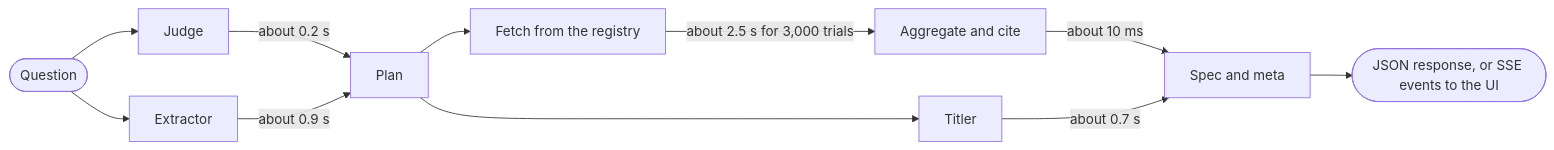
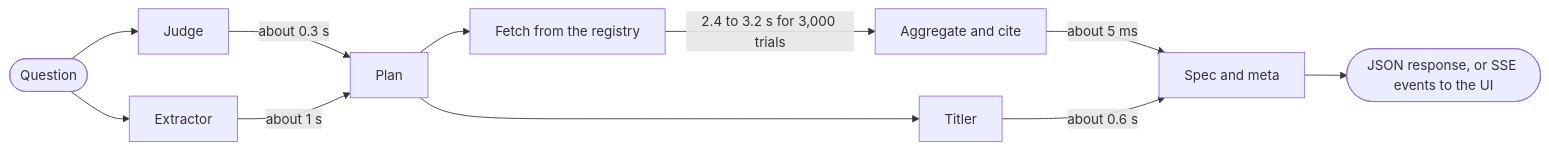
Before and after one commit to ojpbarbosa/chatctg: the first of 4 diagrams in README.md, drawn with Mermaid. The commit also changed other lines of this file, not shown here.

Commit message:
Re-sync the README with the regenerated examples and 310 tests, credit the author with the 25 original evaluation questions, cite a melanoma trial on the sankey's largest link, and tighten the planner diagram, the matrix note, the series cap, the extraction row and the deploy steps

````diff
--- a/README.md
+++ b/README.md
@@ -9,13 +9,13 @@
 ```mermaid
 flowchart LR
   Q([Question]) --> J[Judge]
   Q --> X[Extractor]
-  J -- "about 0.2 s" --> P[Plan]
-  X -- "about 0.9 s" --> P
+  J -- "about 0.3 s" --> P[Plan]
+  X -- "about 1 s" --> P
   P --> F[Fetch from the registry]
   P --> T[Titler]
-  F -- "about 2.5 s for 3,000 trials" --> A[Aggregate and cite]
-  A -- "about 10 ms" --> S[Spec and meta]
-  T -- "about 0.7 s" --> S
+  F -- "2.4 to 3.2 s for 3,000 trials" --> A[Aggregate and cite]
+  A -- "about 5 ms" --> S[Spec and meta]
+  T -- "about 0.6 s" --> S
   S --> R(["JSON response, or SSE events to the UI"])
 ```
````
